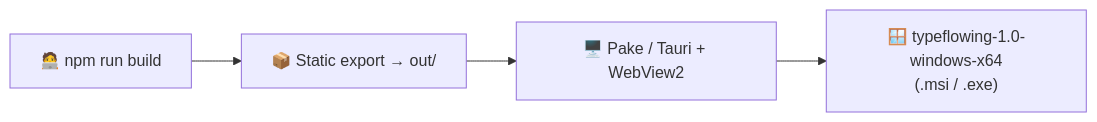
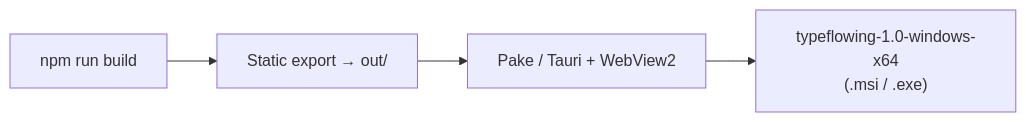
One commit to huyng-dev/type-flow changed the second of 2 diagrams in README.md. Above: the diagram before and after it, drawn with Mermaid. The commit also changed other lines of this file and 5 other files, not shown here.

````diff
--- a/README.md
+++ b/README.md
@@ -81,6 +96,6 @@
 ```mermaid
 flowchart LR
-    S["🧑‍💻 npm run build"] --> O["📦 Static export → out/"]
-    O --> P["🖥️ Pake / Tauri + WebView2"]
-    P --> W["🪟 typeflowing-1.0-windows-x64<br/>(.msi / .exe)"]
+    S["npm run build"] --> O["Static export → out/"]
+    O --> P["Pake / Tauri + WebView2"]
+    P --> W["typeflowing-1.0-windows-x64<br/>(.msi / .exe)"]
 ```
````
